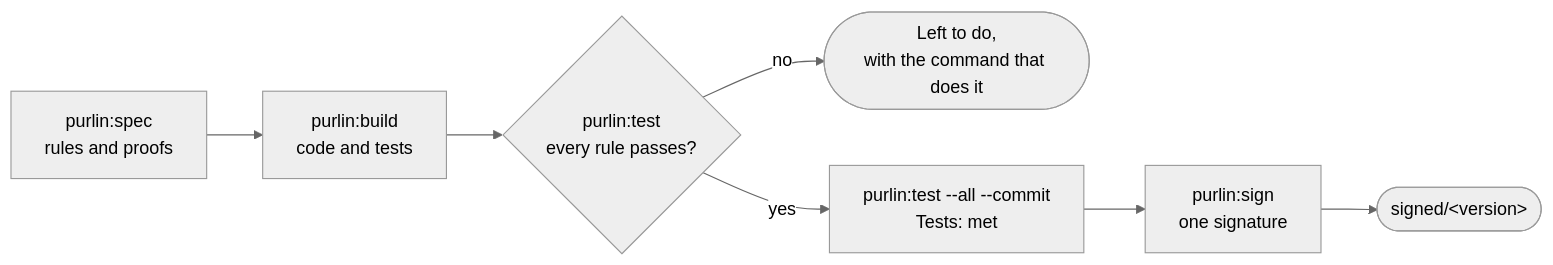
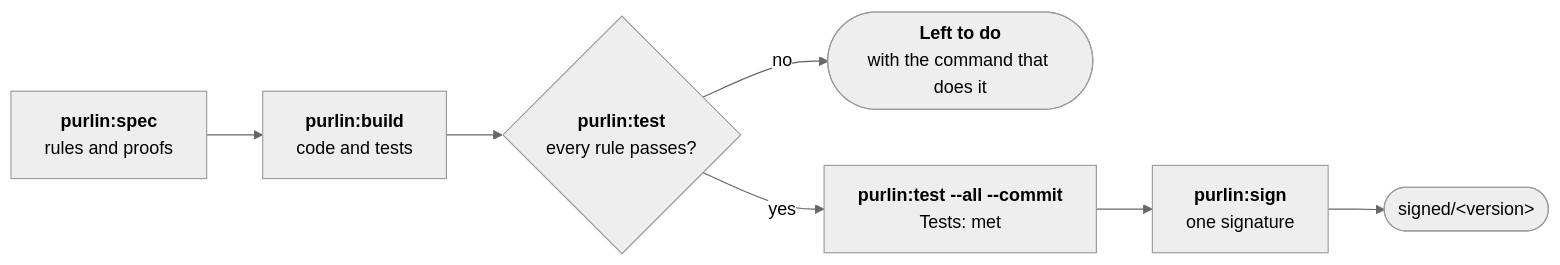
The diagram in docs/how-purlin-works.md (rlabarca/purlin), drawn with Mermaid (neutral theme) before and after one commit. The commit also changed 1 other file, not shown here.

Commit message:
docs: a diagram box names itself in bold
Claude-Session: https://claude.ai/code/session_01S2y5uWVPAKerYHKQN1JnYd

````diff
--- a/docs/how-purlin-works.md
+++ b/docs/how-purlin-works.md
@@ -44,9 +44,9 @@
 ```mermaid
 flowchart LR
-    S["purlin:spec<br>rules and proofs"] --> B["purlin:build<br>code and tests"]
-    B --> T{"purlin:test<br>every rule passes?"}
-    T -->|no| L(["Left to do,<br>with the command that does it"])
-    T -->|yes| C["purlin:test --all --commit<br>Tests: met"]
-    C --> G["purlin:sign<br>one signature"]
+    S["<b>purlin:spec</b><br>rules and proofs"] --> B["<b>purlin:build</b><br>code and tests"]
+    B --> T{"<b>purlin:test</b><br>every rule passes?"}
+    T -->|no| L(["<b>Left to do</b><br>with the command that does it"])
+    T -->|yes| C["<b>purlin:test --all --commit</b><br>Tests: met"]
+    C --> G["<b>purlin:sign</b><br>one signature"]
     G --> V(["signed/#lt;version#gt;"])
 ```
````
